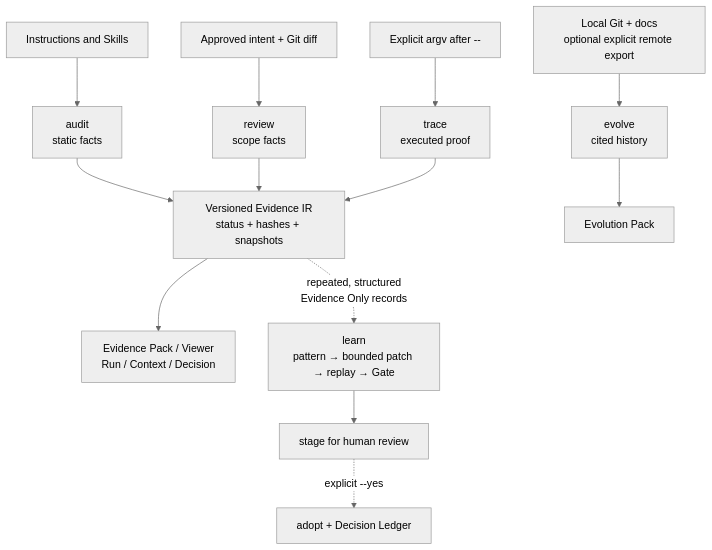
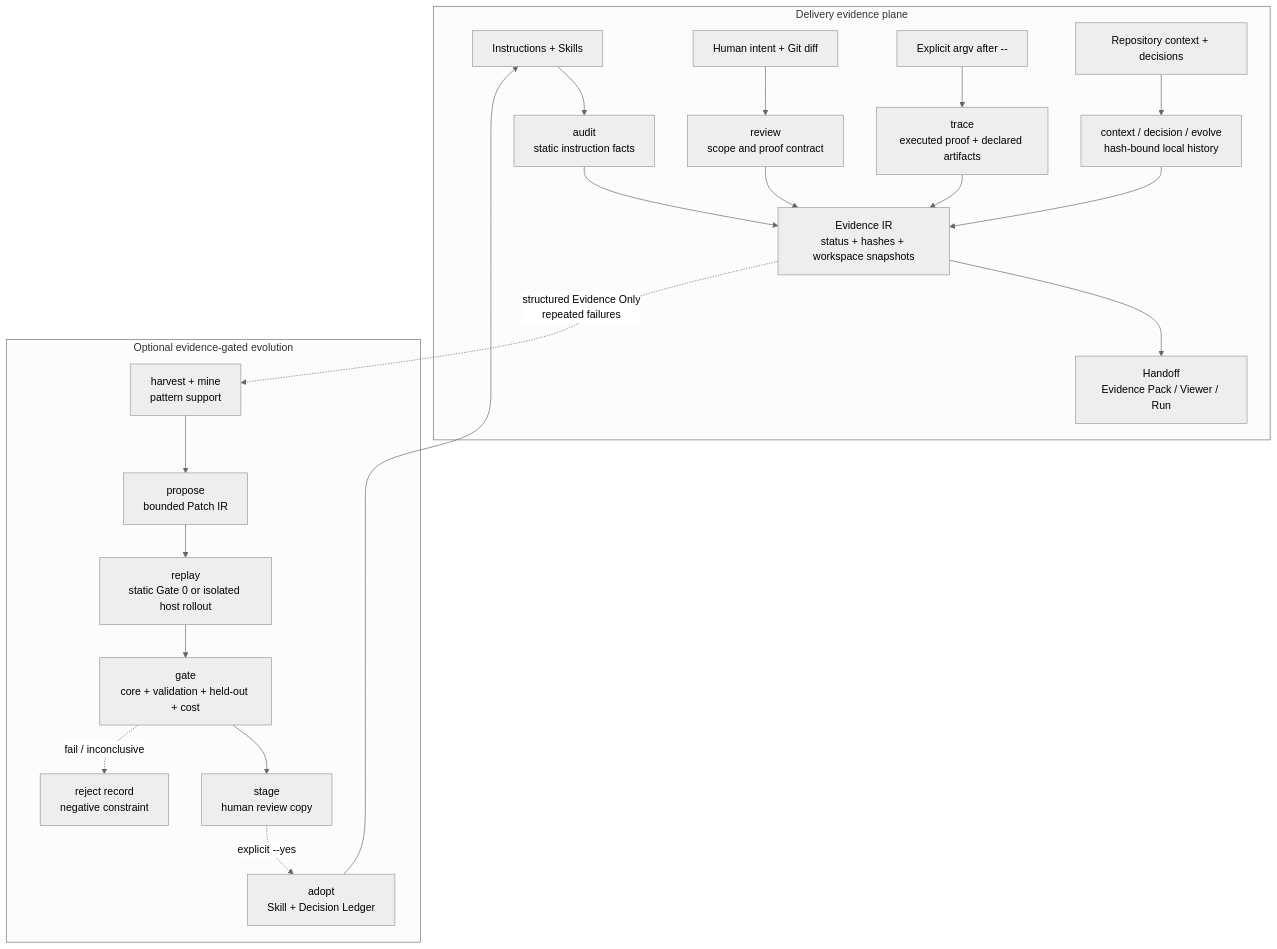
The diagram in README.md (AdvancingTitans/agent-engineering-toolkit), drawn with Mermaid (neutral theme) before and after one commit. The commit also changed other lines of this file and 1 other file, not shown here.

````diff
--- a/README.md
+++ b/README.md
@@ -100,15 +130,26 @@
 ```mermaid
 flowchart TB
-  A["Instructions and Skills"] --> B["audit\nstatic facts"]
-  C["Approved intent + Git diff"] --> D["review\nscope facts"]
-  E["Explicit argv after --"] --> F["trace\nexecuted proof"]
-  G["Local Git + docs\noptional explicit remote export"] --> H["evolve\ncited history"]
-  B --> I["Versioned Evidence IR\nstatus + hashes + snapshots"]
-  D --> I
-  F --> I
-  I --> J["Evidence Pack / Viewer\nRun / Context / Decision"]
-  H --> K["Evolution Pack"]
-  I -. "repeated, structured\nEvidence Only records" .-> L["learn\npattern → bounded patch → replay → Gate"]
-  L --> M["stage for human review"]
-  M -. "explicit --yes" .-> N["adopt + Decision Ledger"]
+  subgraph delivery["Delivery evidence plane"]
+    A["Instructions + Skills"] --> B["audit\nstatic instruction facts"]
+    C["Human intent + Git diff"] --> D["review\nscope and proof contract"]
+    E["Explicit argv after --"] --> F["trace\nexecuted proof + declared artifacts"]
+    G["Repository context + decisions"] --> H["context / decision / evolve\nhash-bound local history"]
+    B --> I["Evidence IR\nstatus + hashes + workspace snapshots"]
+    D --> I
+    F --> I
+    H --> I
+    I --> J["Handoff\nEvidence Pack / Viewer / Run"]
+  end
+
+  subgraph learning["Optional evidence-gated evolution"]
+    I -. "structured Evidence Only\nrepeated failures" .-> K["harvest + mine\npattern support"]
+    K --> L["propose\nbounded Patch IR"]
+    L --> M["replay\nstatic Gate 0 or isolated host rollout"]
+    M --> N["gate\ncore + validation + held-out + cost"]
+    N --> O["stage\nhuman review copy"]
+    O -. "explicit --yes" .-> P["adopt\nSkill + Decision Ledger"]
+    N -. "fail / inconclusive" .-> Q["reject record\nnegative constraint"]
+  end
+
+  P --> A
 ```
````
